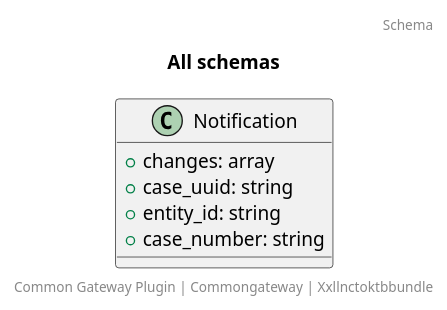
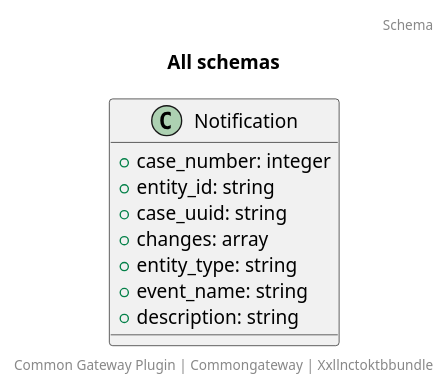
Before and after one commit to CommonGateway/XxllncToKTBBundle: the diagram in docs/schema/all_schema_classes.puml, drawn with PlantUML. The commit also changed 2 other files, not shown here.

```diff
--- a/docs/schema/all_schema_classes.puml
+++ b/docs/schema/all_schema_classes.puml
@@ -1,11 +1,14 @@
 @startuml
 title: All schemas
 footer: Common Gateway Plugin | Commongateway | Xxllnctoktbbundle 
 header: Schema
 class Notification {
+  + case_number: integer
+  + entity_id: string
+  + case_uuid: string
   + changes: array
-  + case_uuid: string
-  + entity_id: string
-  + case_number: string
+  + entity_type: string
+  + event_name: string
+  + description: string
 }
 @enduml
```
